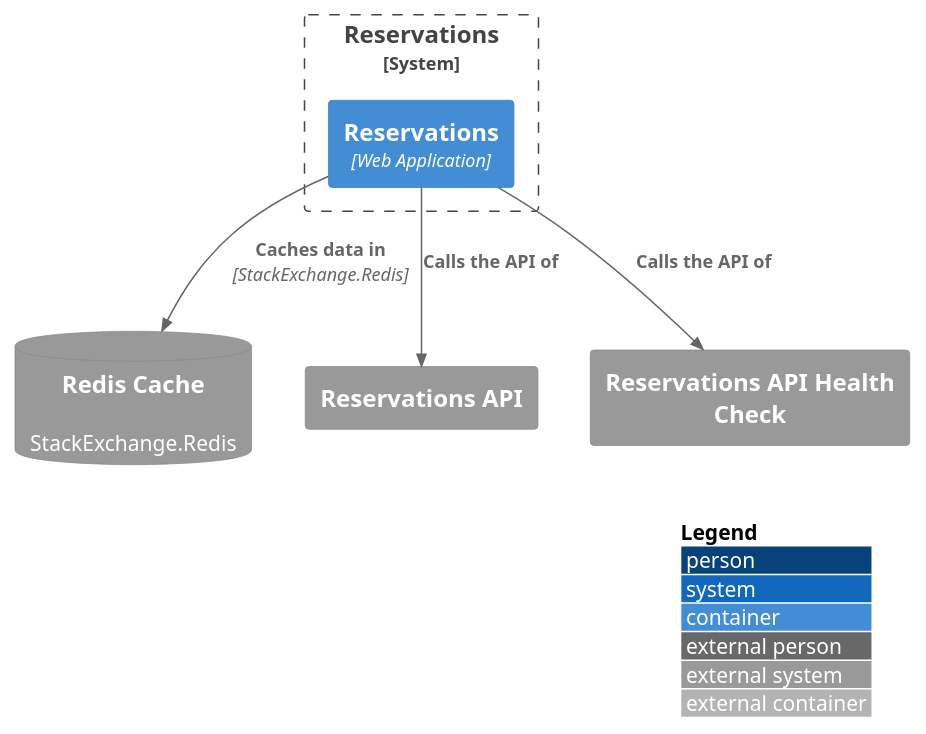
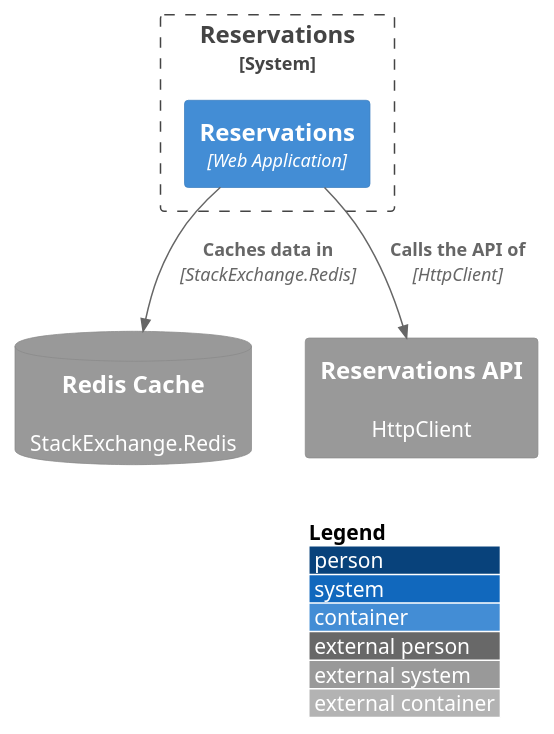
The diagram in das-reservations/service-dependencies/service-dependencies.puml (talentconsulting/atlas-dfe), drawn with PlantUML before and after one commit. The commit also changed 1 other file, not shown here.

```diff
--- a/das-reservations/service-dependencies/service-dependencies.puml
+++ b/das-reservations/service-dependencies/service-dependencies.puml
@@ -1,17 +1,15 @@
 @startuml
 !include https://raw.githubusercontent.com/plantuml-stdlib/C4-PlantUML/master/C4_Container.puml
 LAYOUT_WITH_LEGEND()
 
 System_Boundary(sys_SkillsFundingAgency_das_reservations, "Reservations") {
   Container(c_reservations_web, "Reservations", "Web Application")
 }
 
 SystemDb_Ext(d_cache_redis_cache, "Redis Cache", "StackExchange.Redis")
-System_Ext(d_http_api_reservations_api, "Reservations API")
-System_Ext(d_http_api_reservations_api_health_check, "Reservations API Health Check")
+System_Ext(d_http_api_reservations_api, "Reservations API", "HttpClient")
 
 Rel(c_reservations_web, d_cache_redis_cache, "Caches data in", "StackExchange.Redis")
-Rel(c_reservations_web, d_http_api_reservations_api, "Calls the API of")
-Rel(c_reservations_web, d_http_api_reservations_api_health_check, "Calls the API of")
+Rel(c_reservations_web, d_http_api_reservations_api, "Calls the API of", "HttpClient")
 
 @enduml
```
